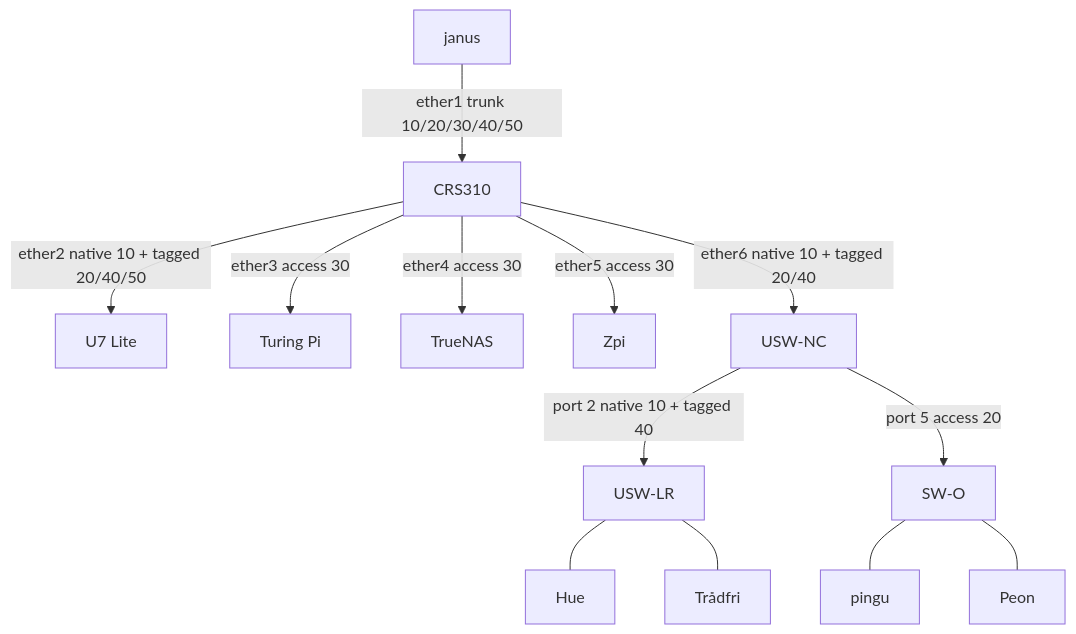
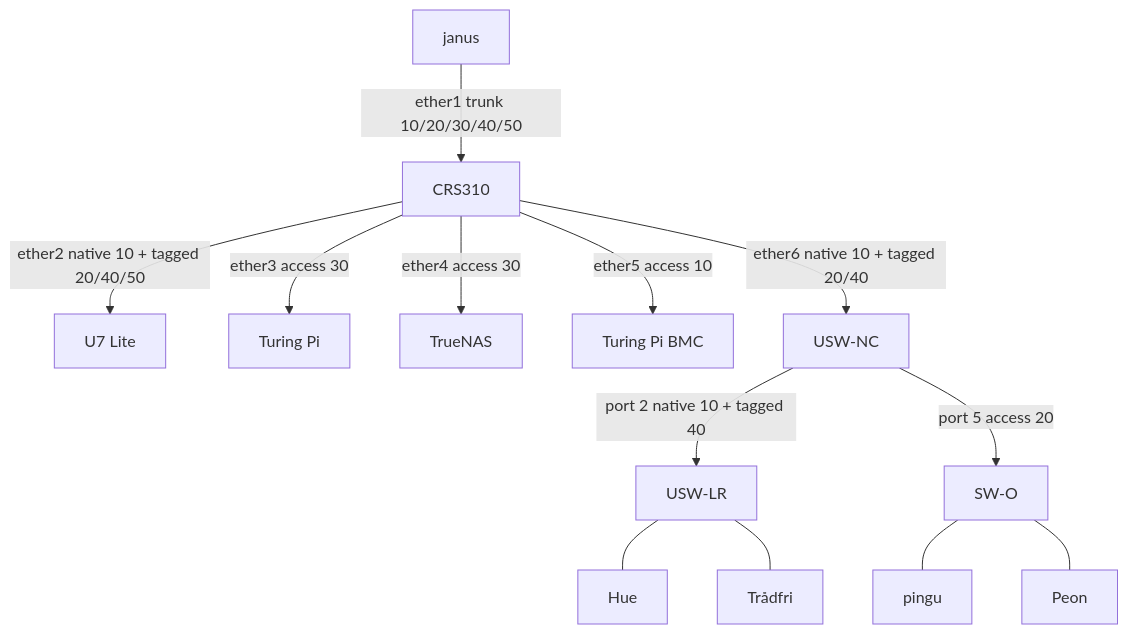
The second of 4 diagrams in docs/architecture.md (sknutsen/network), drawn with Mermaid before and after one commit. The commit also changed other lines of this file and 14 other files, not shown here.

````diff
--- a/docs/architecture.md
+++ b/docs/architecture.md
@@ -63,15 +63,15 @@
 ```mermaid
 flowchart TB
   janus[janus] -->|ether1 trunk 10/20/30/40/50| crs[CRS310]
   crs -->|ether2 native 10 + tagged 20/40/50| ap[U7 Lite]
   crs -->|ether3 access 30| tpi[Turing Pi]
   crs -->|ether4 access 30| nas[TrueNAS]
-  crs -->|ether5 access 30| zpi[Zpi]
+  crs -->|ether5 access 10| bmc[Turing Pi BMC]
   crs -->|ether6 native 10 + tagged 20/40| nc[USW-NC]
   nc -->|port 2 native 10 + tagged 40| lr[USW-LR]
   nc -->|port 5 access 20| swo[SW-O]
   lr --- hue[Hue]
   lr --- tradfri[Trådfri]
   swo --- pingu[pingu]
   swo --- peon[Peon]
 ```
````
